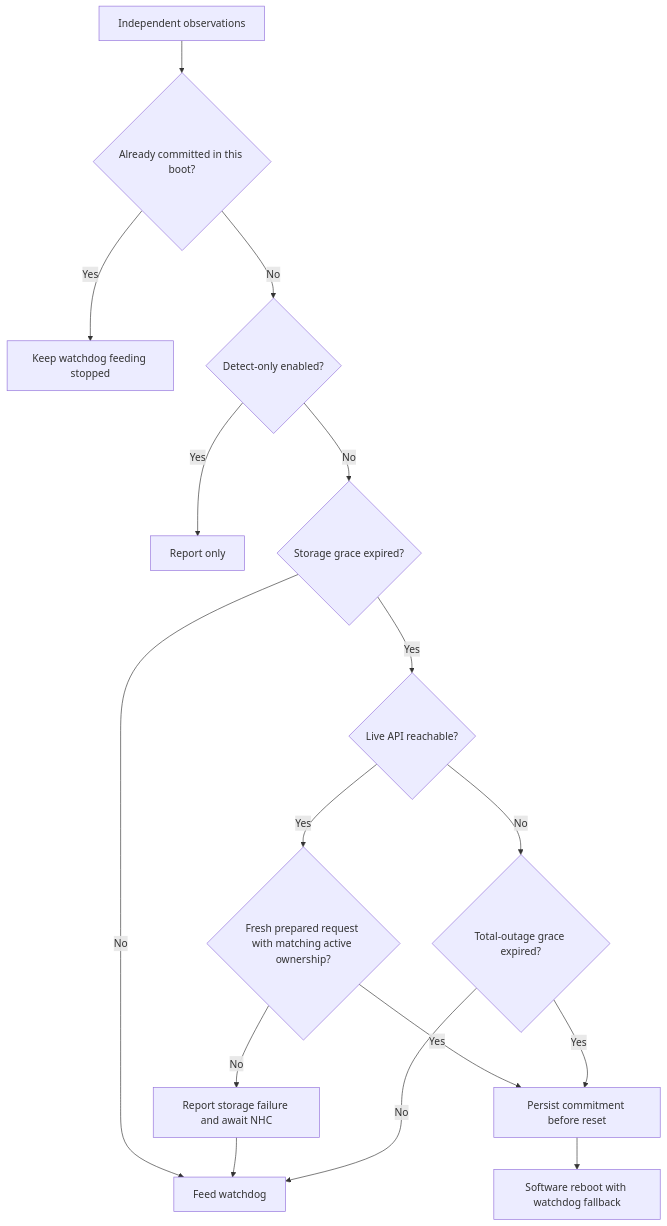
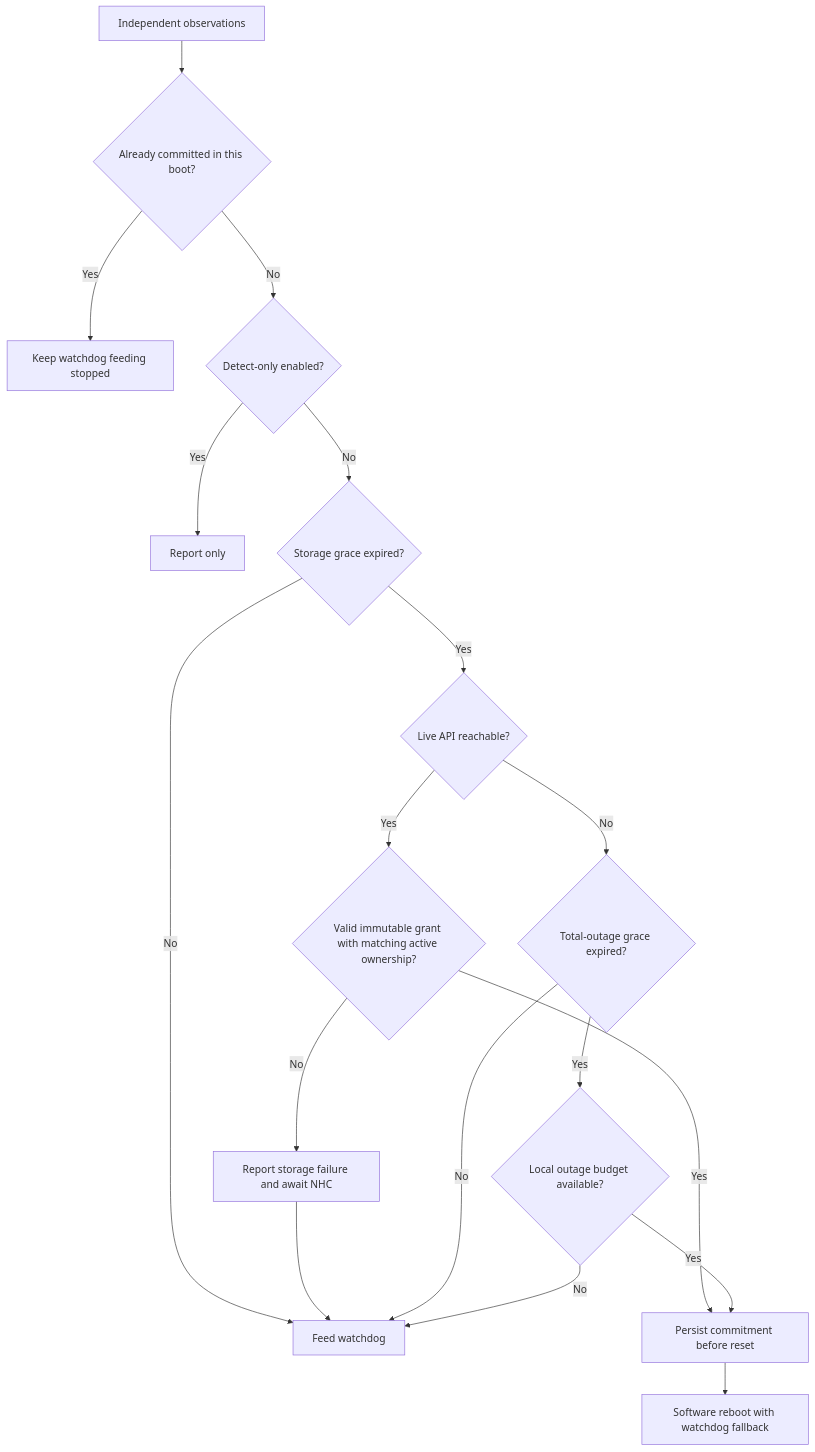
The second of 3 diagrams in docs/design/storage-arbitrated-remediation.md (mpryc/storage-based-remediation), drawn with Mermaid before and after one commit. The commit also changed other lines of this file, not shown here.

First line of the commit message:
:memo: address design review for nodeLocal storage-arbitrated remediation

````diff
--- a/docs/design/storage-arbitrated-remediation.md
+++ b/docs/design/storage-arbitrated-remediation.md
@@ -326,18 +358,20 @@
 ```mermaid
 flowchart TD
   Tick["Independent observations"] --> Committed{"Already committed in this boot?"}
   Committed -->|Yes| Finish["Keep watchdog feeding stopped"]
   Committed -->|No| Detect{"Detect-only enabled?"}
   Detect -->|Yes| Observe["Report only"]
   Detect -->|No| Storage{"Storage grace expired?"}
   Storage -->|No| Feed["Feed watchdog"]
   Storage -->|Yes| API{"Live API reachable?"}
-  API -->|Yes| Request{"Fresh prepared request with matching active ownership?"}
+  API -->|Yes| Request{"Valid immutable grant with matching active ownership?"}
   Request -->|Yes| Commit["Persist commitment before reset"]
   Request -->|No| Wait["Report storage failure and await NHC"]
   Wait --> Feed
   API -->|No| Grace{"Total-outage grace expired?"}
   Grace -->|No| Feed
-  Grace -->|Yes| Commit
+  Grace -->|Yes| Budget{"Local outage budget available?"}
+  Budget -->|No| Feed
+  Budget -->|Yes| Commit
   Commit --> Reset["Software reboot with watchdog fallback"]
 ```
````
